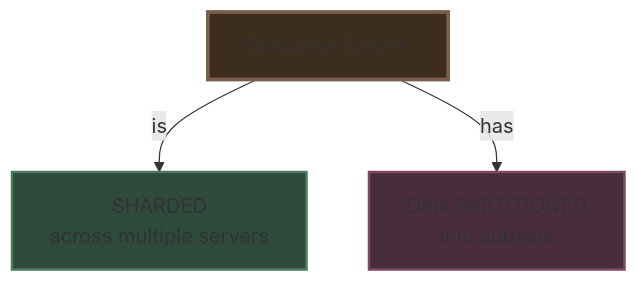
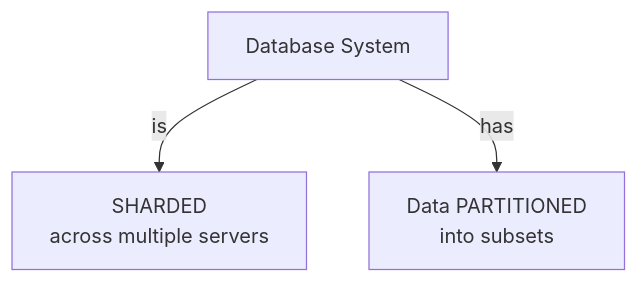
Before and after one commit to Yash-Kavaiya/The-System-Design-Masterclass: the ninth of 21 diagrams in system design beginner/8. Sharding and Partitioning.md, drawn with Mermaid. The commit also changed other lines of this file, not shown here.

````diff
--- a/system design beginner/8. Sharding and Partitioning.md
+++ b/system design beginner/8. Sharding and Partitioning.md
@@ -211,11 +185,8 @@
 ```mermaid
 graph TB
     DATABASE[Database System]
     
     DATABASE -->|is| SHARDED[SHARDED<br/>across multiple servers]
     DATABASE -->|has| PARTITIONED[Data PARTITIONED<br/>into subsets]
     
-    style DATABASE fill:#3d2d1c,stroke:#7c5d4a,stroke-width:3px
-    style SHARDED fill:#2d4a3c,stroke:#4a7c5c,stroke-width:2px
-    style PARTITIONED fill:#4a2d3c,stroke:#7c4a5c,stroke-width:2px
 ```
````
